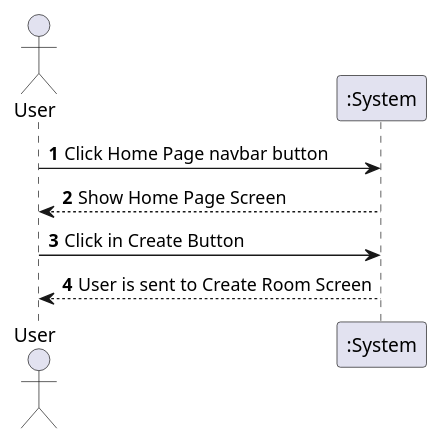
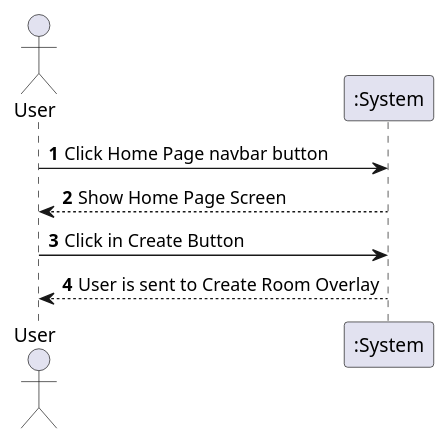
One commit to 8126Lucas/DSSMV_ProjectReact_1241131_1241008 changed the diagram in UMLs/puml/SSD/UCMS-SSD/UCMS2-SSD.puml. Above: the diagram before and after it, drawn with PlantUML. The commit also changed 10 other files, not shown here.

Commit message:
Lucas e Miguel: - Alterações nos diagramas

```diff
--- a/UMLs/puml/SSD/UCMS-SSD/UCMS2-SSD.puml
+++ b/UMLs/puml/SSD/UCMS-SSD/UCMS2-SSD.puml
@@ -1,15 +1,15 @@
 @startuml
 'https://plantuml.com/sequence-diagram
 
 autonumber
 
 Actor "User" as user
 participant ":System" as sys
 
 user -> sys: Click Home Page navbar button
 user <-- sys: Show Home Page Screen
 
 user -> sys: Click in Create Button
-user <-- sys: User is sent to Create Room Screen
+user <-- sys: User is sent to Create Room Overlay
 
 @enduml
```
